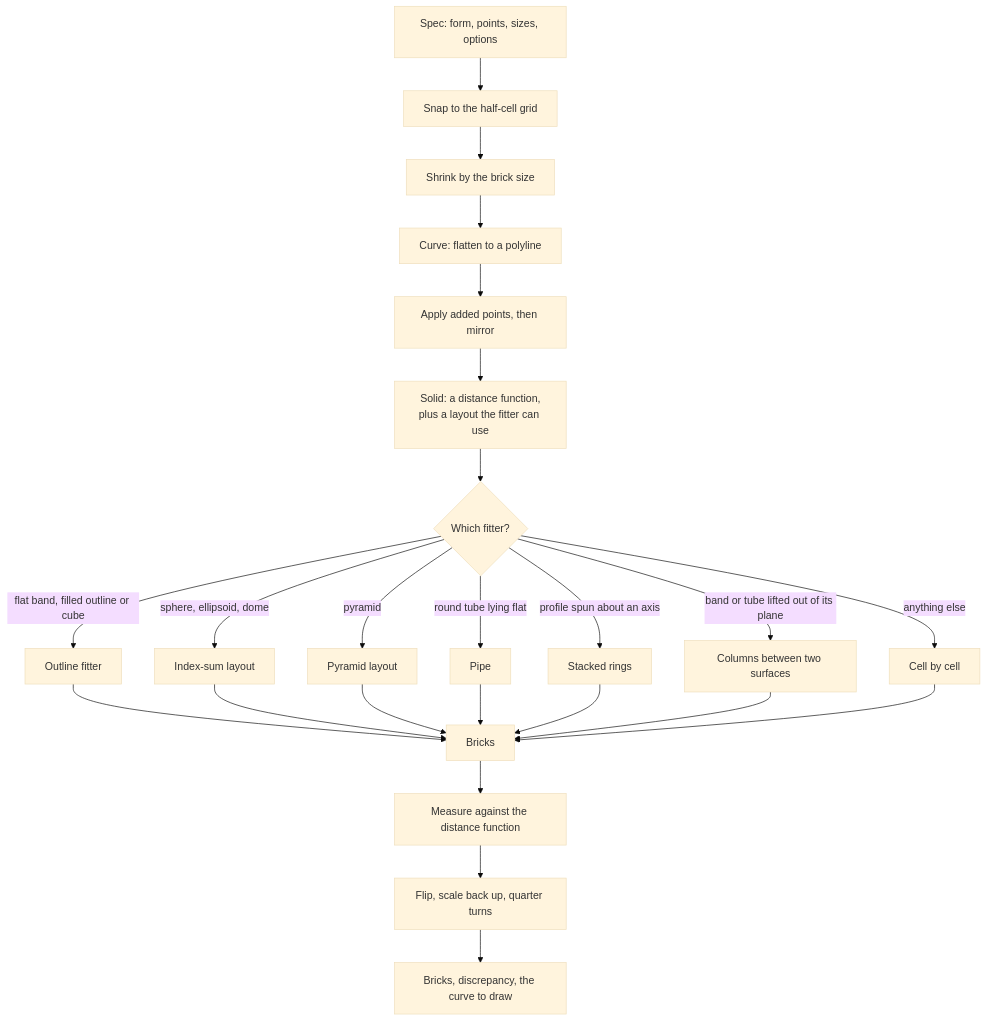
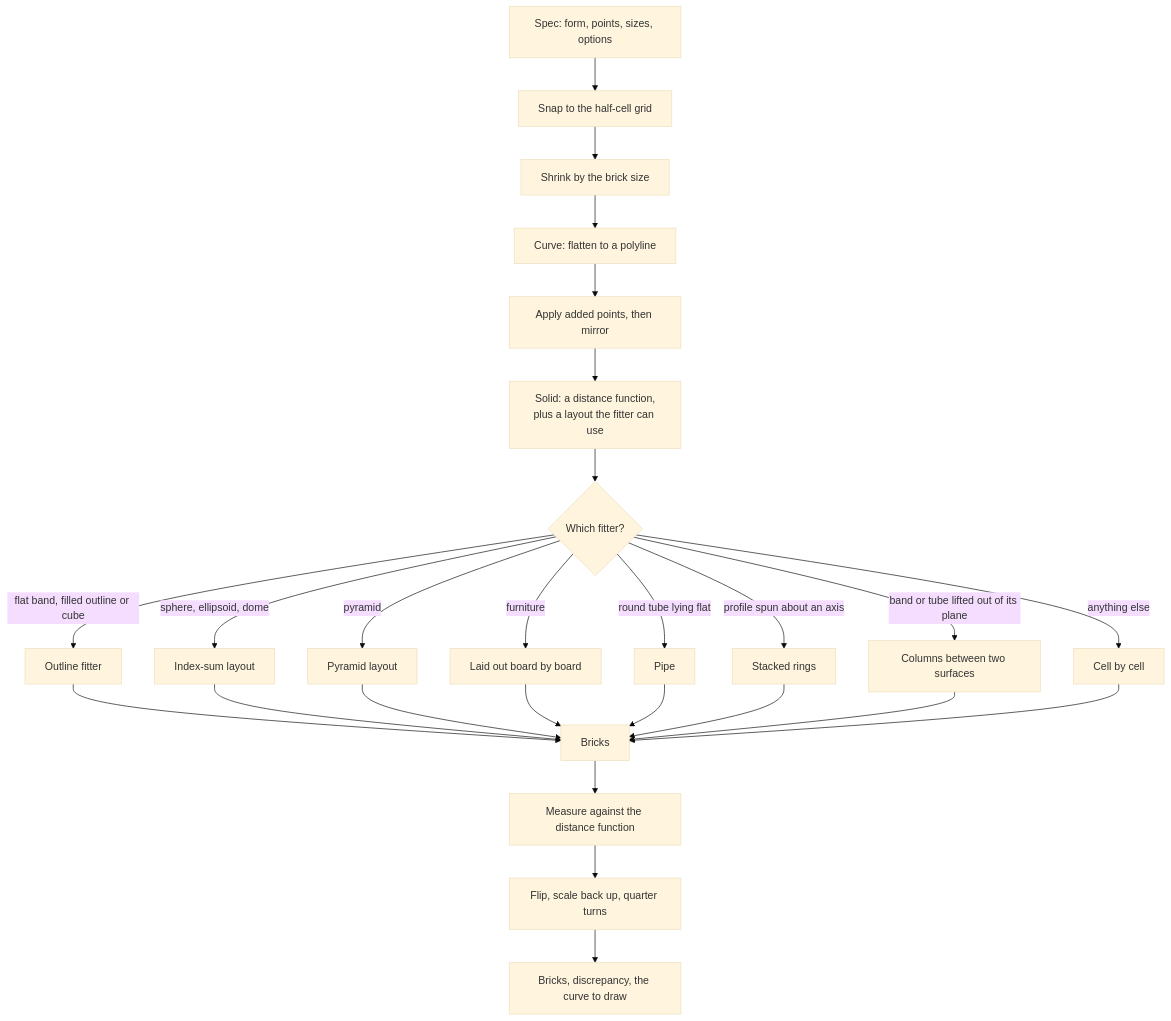
Before and after one commit to Gameboard-dev/brickloft: the first of 2 diagrams in docs/algorithm.md, drawn with Mermaid (base theme). The commit also changed other lines of this file and 10 other files, not shown here.

Commit message:
Furniture in the docs: how a bookcase is laid out, its settings, the MCP setting, pictures, and what remains

````diff
--- a/docs/algorithm.md
+++ b/docs/algorithm.md
@@ -227,26 +227,28 @@
 ```mermaid
 flowchart TD
     A[Spec: form, points, sizes, options] --> B[Snap to the half-cell grid]
     B --> B2[Shrink by the brick size]
     B2 --> C[Curve: flatten to a polyline]
     C --> D[Apply added points, then mirror]
     D --> E[Solid: a distance function,<br/>plus a layout the fitter can use]
     E --> F{Which fitter?}
     F -->|flat band, filled outline or cube| G[Outline fitter]
     F -->|sphere, ellipsoid, dome| H[Index-sum layout]
     F -->|pyramid| I[Pyramid layout]
+    F -->|furniture| I2[Laid out board by board]
     F -->|round tube lying flat| J[Pipe]
     F -->|profile spun about an axis| K[Stacked rings]
     F -->|band or tube lifted out of its plane| L[Columns between two surfaces]
     F -->|anything else| M[Cell by cell]
     G --> N[Bricks]
     H --> N
     I --> N
+    I2 --> N
     J --> N
     K --> N
     L --> N
     M --> N
     N --> O[Measure against the distance function]
     O --> P[Flip, scale back up, quarter turns]
     P --> Q[Bricks, discrepancy, the curve to draw]
 ```
````
